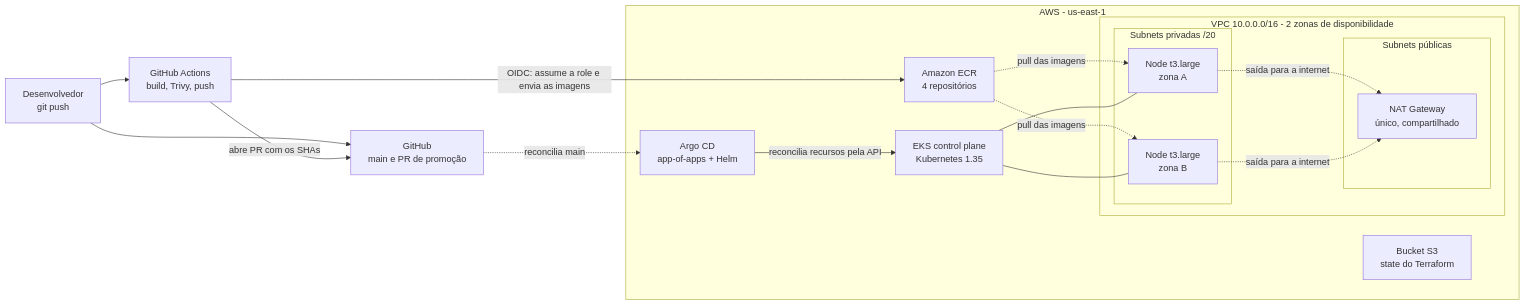
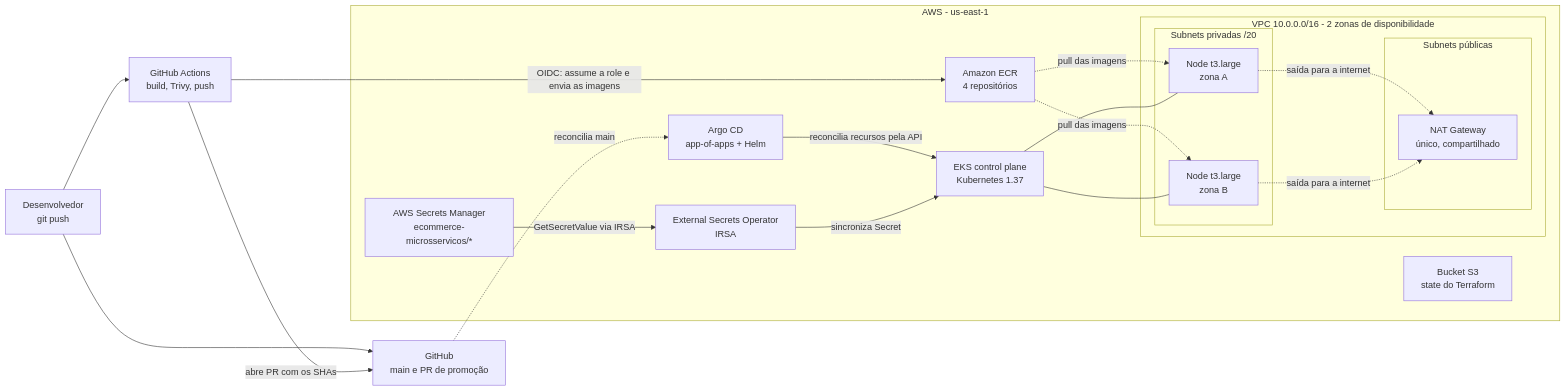
One commit to vxtxbryan/lab-ecommerce-microsservicos changed the first of 4 diagrams in README.md. Above: the diagram before and after it, drawn with Mermaid. The commit also changed other lines of this file and 17 other files, not shown here.

Commit message:
feat: configurar segredos com External Secrets e AWS

````diff
--- a/README.md
+++ b/README.md
@@ -69,32 +71,36 @@
 ```mermaid
 flowchart LR
     dev["Desenvolvedor<br/>git push"] --> gha["GitHub Actions<br/>build, Trivy, push"]
     dev --> repo["GitHub<br/>main e PR de promoção"]
     gha -->|"abre PR com os SHAs"| repo
 
     subgraph AWS["AWS - us-east-1"]
         ecr["Amazon ECR<br/>4 repositórios"]
         s3["Bucket S3<br/>state do Terraform"]
-        cp["EKS control plane<br/>Kubernetes 1.35"]
+        cp["EKS control plane<br/>Kubernetes 1.37"]
         argocd["Argo CD<br/>app-of-apps + Helm"]
+        eso["External Secrets Operator<br/>IRSA"]
+        secrets["AWS Secrets Manager<br/>ecommerce-microsservicos/*"]
         subgraph VPC["VPC 10.0.0.0/16 - 2 zonas de disponibilidade"]
             subgraph PUB["Subnets públicas"]
                 nat["NAT Gateway<br/>único, compartilhado"]
             end
             subgraph PRIV["Subnets privadas /20"]
                 n1["Node t3.large<br/>zona A"]
                 n2["Node t3.large<br/>zona B"]
             end
         end
     end
 
     gha -->|"OIDC: assume a role e envia as imagens"| ecr
     repo -.->|"reconcilia main"| argocd
     argocd -->|"reconcilia recursos pela API"| cp
+    secrets -->|"GetSecretValue via IRSA"| eso
+    eso -->|"sincroniza Secret"| cp
     ecr -.->|"pull das imagens"| n1
     ecr -.->|"pull das imagens"| n2
     cp --- n1
     cp --- n2
     n1 -.->|"saída para a internet"| nat
     n2 -.->|"saída para a internet"| nat
 ```
````
